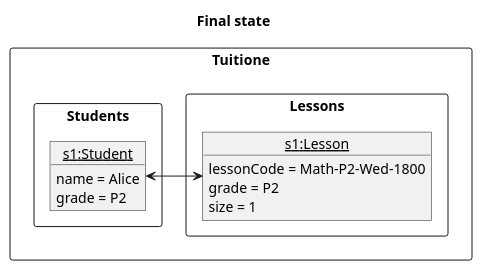
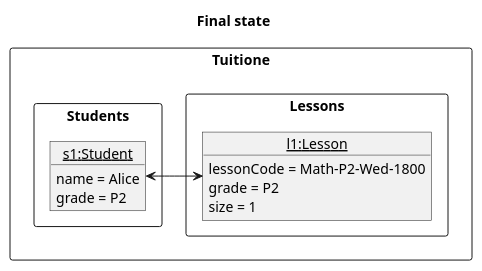
One commit to nus-cs2103-AY2122S1/tp changed the diagram in docs/diagrams/EnrollLessonState1.puml. Above: the diagram before and after it, drawn with PlantUML. The commit also changed 14 other files, not shown here.

Commit message:
Update other sequence diagrams

```diff
--- a/docs/diagrams/EnrollLessonState1.puml
+++ b/docs/diagrams/EnrollLessonState1.puml
@@ -1,24 +1,24 @@
 @startuml
 
 title Final state
 
 package Tuitione <<rectangle>> {
     package Lessons <<rectangle>> {
-        object "<u>s1:Lesson" as Lesson{
+        object "<u>l1:Lesson" as Lesson{
         lessonCode = Math-P2-Wed-1800
         grade = P2
         size = 1
         }
     }
     package Students <<rectangle>> {
         object "<u>s1:Student" as Student {
         name = Alice
         grade = P2
         }
     }
 
     Lesson <-R-> Student
 
 }
 
 @end
```
